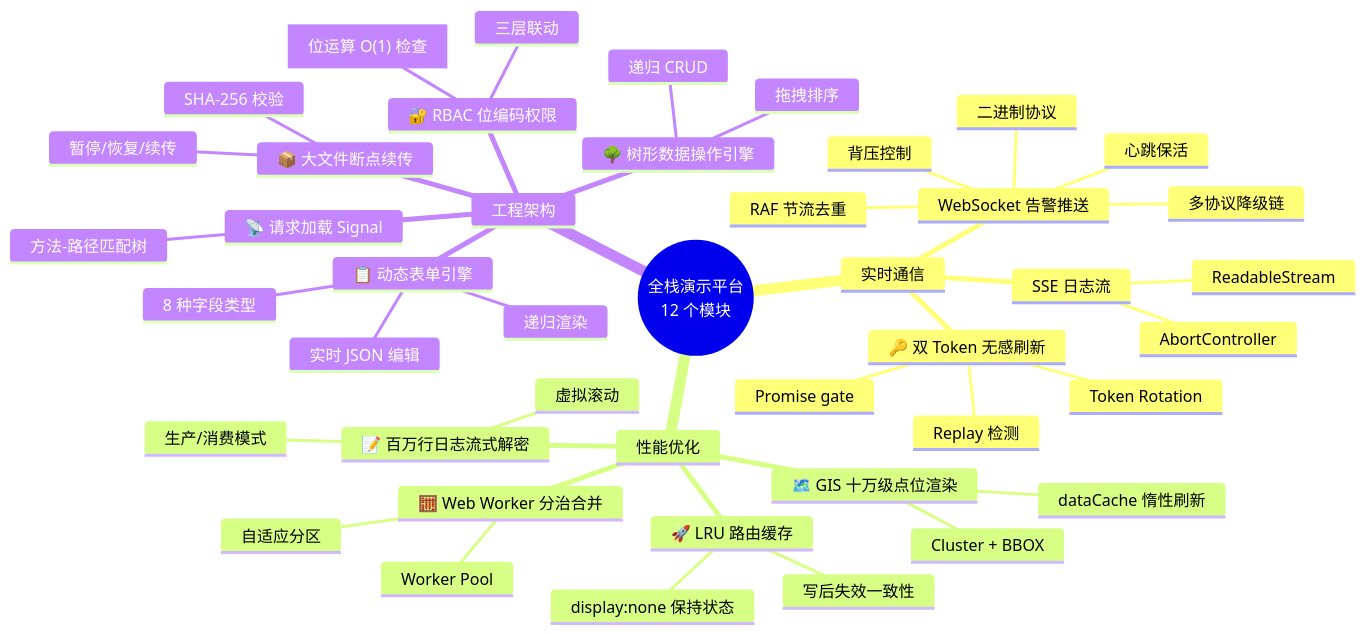
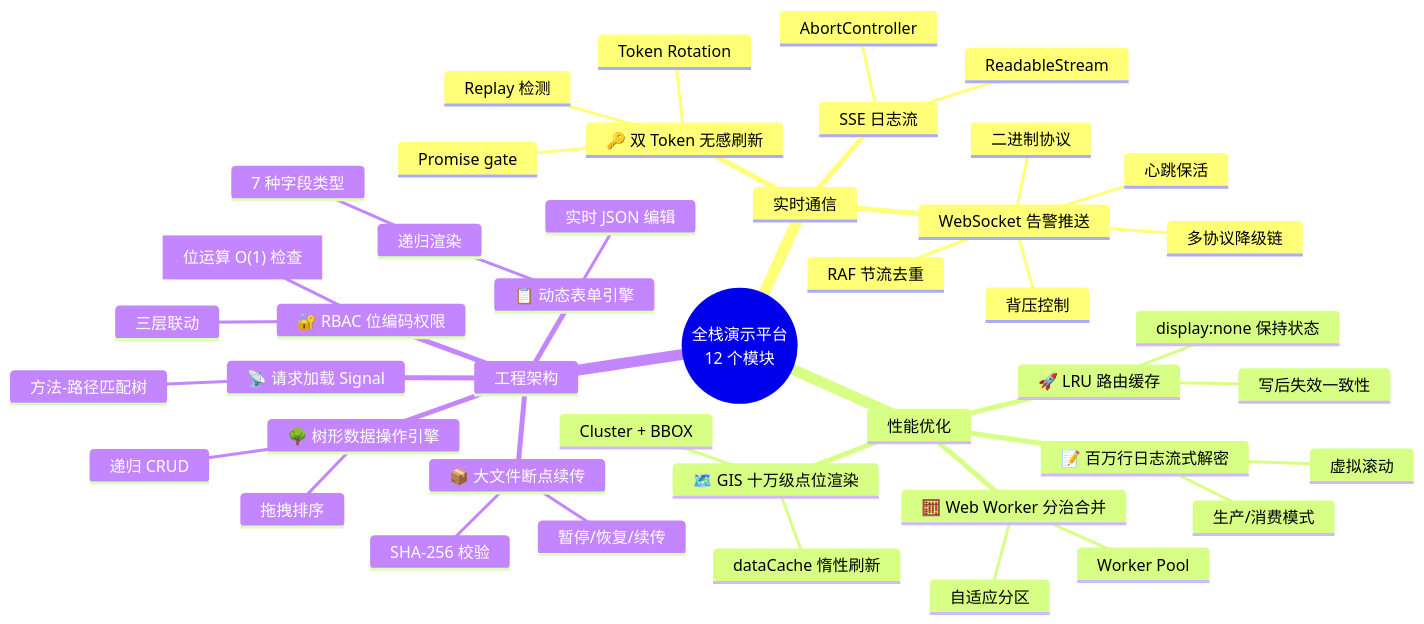
The third of 46 diagrams in docs/面试亮点.md (KMaybe01/interview-demo), drawn with Mermaid before and after one commit. The commit also changed other lines of this file and 3 other files, not shown here.

````diff
--- a/docs/面试亮点.md
+++ b/docs/面试亮点.md
@@ -113,48 +113,48 @@
 ```mermaid
 mindmap
   root((全栈演示平台<br/>12 个模块))
     ::icon(fa fa-globe)
     实时通信
       WebSocket 告警推送
         多协议降级链
         二进制协议
         背压控制
         心跳保活
         RAF 节流去重
       SSE 日志流
         ReadableStream
         AbortController
       🔑 双 Token 无感刷新
         Promise gate
         Token Rotation
         Replay 检测
     性能优化
       🚀 LRU 路由缓存
         display:none 保持状态
         写后失效一致性
       🧮 Web Worker 分治合并
         Worker Pool
         自适应分区
       🗺️ GIS 十万级点位渲染
         Cluster + BBOX
         dataCache 惰性刷新
       📝 百万行日志流式解密
         生产/消费模式
         虚拟滚动
     工程架构
       📋 动态表单引擎
         递归渲染
-        8 种字段类型
+         7 种字段类型
         实时 JSON 编辑
       🔐 RBAC 位编码权限
         ["位运算 O(1) 检查"]
         三层联动
       📡 请求加载 Signal
         方法-路径匹配树
       🌳 树形数据操作引擎
         递归 CRUD
         拖拽排序
       📦 大文件断点续传
         SHA-256 校验
         暂停/恢复/续传
 ```
````
